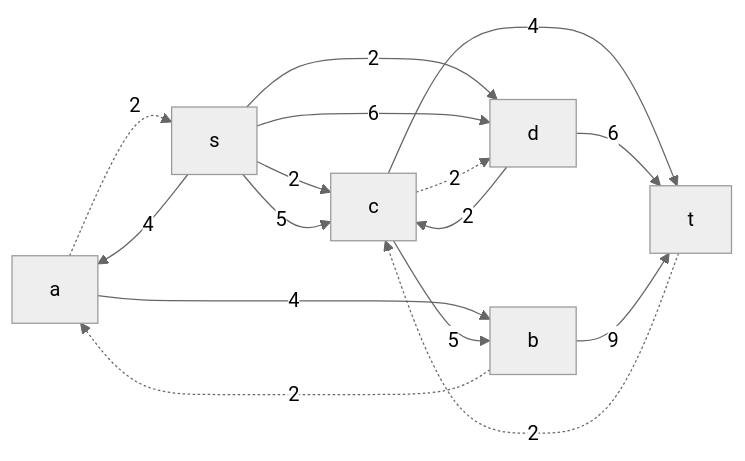
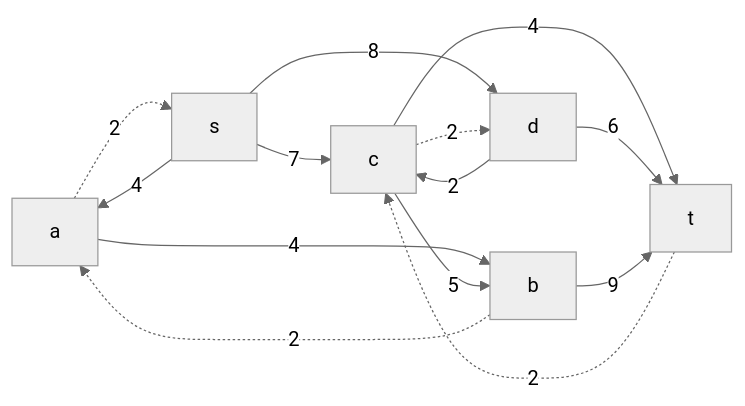
Diagram 15 of 20 in task-9/pustobek.md (hse-algo-24-raven/manual-tasks-raven), drawn with Mermaid (neutral theme) before and after one commit. The commit also changed other lines of this file, not shown here.

````diff
--- a/task-9/pustobek.md
+++ b/task-9/pustobek.md
@@ -259,18 +259,16 @@
 ```mermaid
 graph LR
     a-.->|2|s
     s-->|4|a
-    s-->|2|c
-    s-->|5|c
-    s-->|2|d
-    s-->|6|d
+    s-->|7|c
+    s-->|8|d
     b-.->|2|a
     a-->|4|b
     c-->|5|b
     c-.->|2|d
     d-->|2|c
     t-.->|2|c
     c-->|4|t
     d-->|6|t
     b-->|9|t
 ```
````
